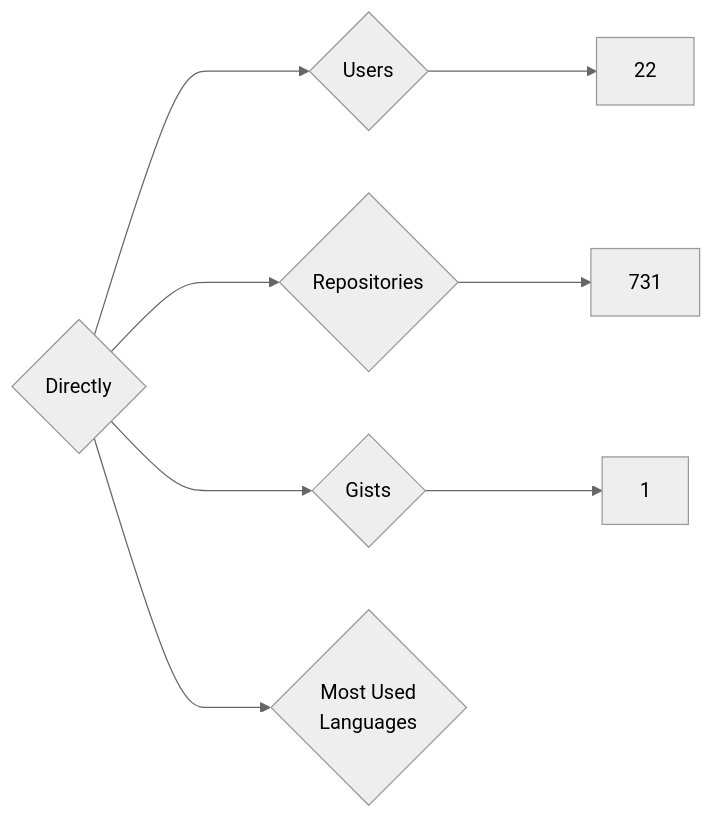
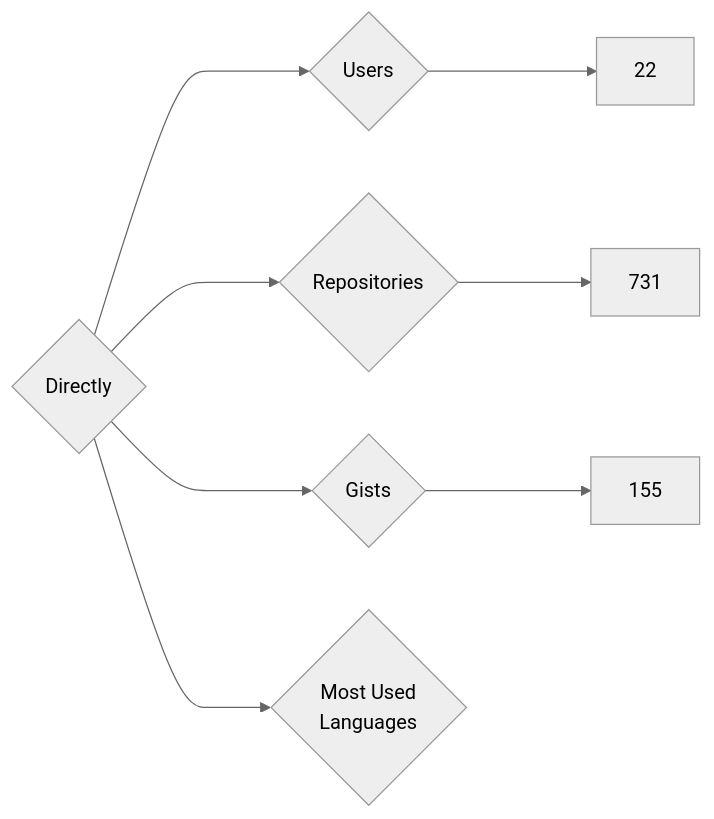
One commit to nenadzaric/insiders changed the diagram in targets/Directly/README.md. Above: the diagram before and after it, drawn with Mermaid (neutral theme). The commit also changed 1342 other files, not shown here.

````diff
--- a/targets/Directly/README.md
+++ b/targets/Directly/README.md
@@ -3,8 +3,8 @@
 ```mermaid
 graph LR
 COMPANY_NAME{Directly}
 COMPANY_NAME ---> U{Users} ---> UN[22]
 COMPANY_NAME ---> R{Repositories} ---> RN[731]
-COMPANY_NAME ---> G{Gists} ---> GN[1]
+COMPANY_NAME ---> G{Gists} ---> GN[155]
 COMPANY_NAME ---> ML{Most Used<br>Languages}
 ```
````
